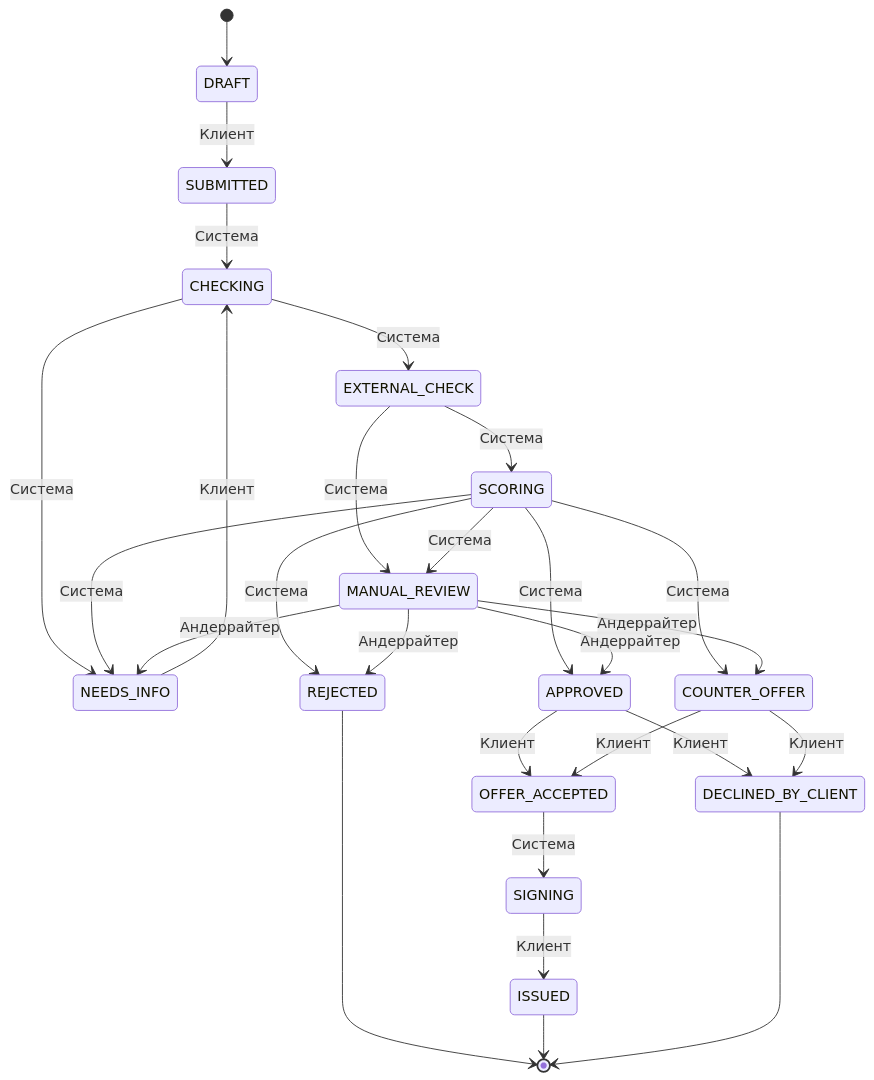
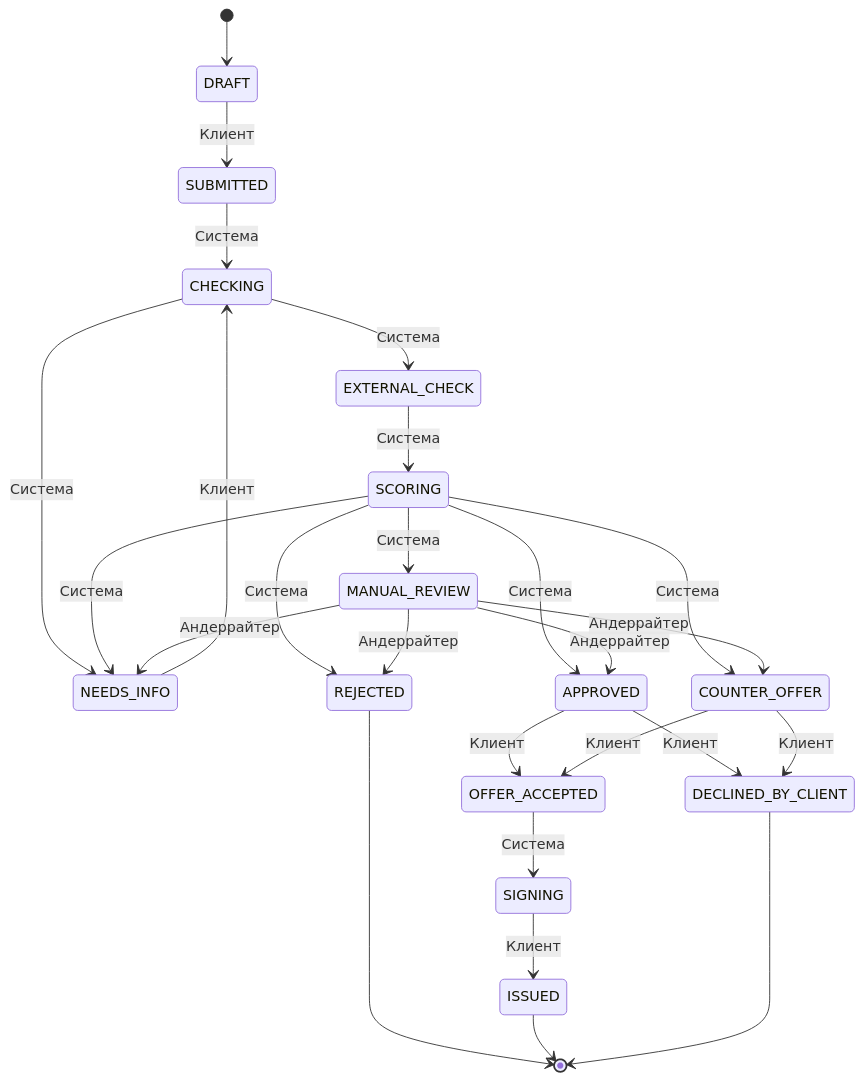
One commit to mivlabs/personal-credit-account changed the diagram in docs/state-machine.md. Above: the diagram before and after it, drawn with Mermaid. The commit also changed other lines of this file and 3 other files, not shown here.

First line of the commit message:
fix(state-machine): удалён мёртвый переход EXTERNAL_CHECK -> MANUAL_REVIEW (2.1)

````diff
--- a/docs/state-machine.md
+++ b/docs/state-machine.md
@@ -56,29 +55,28 @@
 ```mermaid
 stateDiagram-v2
     [*] --> DRAFT
     DRAFT --> SUBMITTED: Клиент
     SUBMITTED --> CHECKING: Система
     CHECKING --> NEEDS_INFO: Система
     CHECKING --> EXTERNAL_CHECK: Система
     NEEDS_INFO --> CHECKING: Клиент
     EXTERNAL_CHECK --> SCORING: Система
-    EXTERNAL_CHECK --> MANUAL_REVIEW: Система
     SCORING --> APPROVED: Система
     SCORING --> COUNTER_OFFER: Система
     SCORING --> NEEDS_INFO: Система
     SCORING --> MANUAL_REVIEW: Система
     SCORING --> REJECTED: Система
     MANUAL_REVIEW --> APPROVED: Андеррайтер
     MANUAL_REVIEW --> COUNTER_OFFER: Андеррайтер
     MANUAL_REVIEW --> NEEDS_INFO: Андеррайтер
     MANUAL_REVIEW --> REJECTED: Андеррайтер
     APPROVED --> OFFER_ACCEPTED: Клиент
     APPROVED --> DECLINED_BY_CLIENT: Клиент
     COUNTER_OFFER --> OFFER_ACCEPTED: Клиент
     COUNTER_OFFER --> DECLINED_BY_CLIENT: Клиент
     OFFER_ACCEPTED --> SIGNING: Система
     SIGNING --> ISSUED: Клиент
     REJECTED --> [*]
     ISSUED --> [*]
     DECLINED_BY_CLIENT --> [*]
 ```
````
